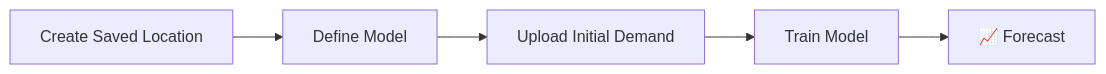
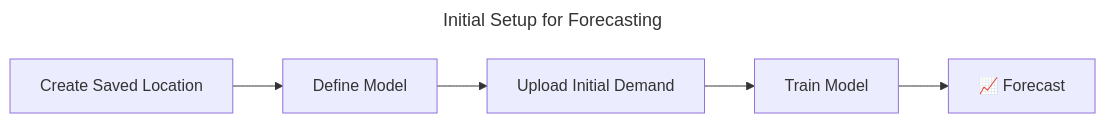
The first of 2 diagrams in docs/getting-started/guides/forecasts-api-guides/getting-started-with-forecasts-api.md (predicthq/gitbook-tech-docs), drawn with Mermaid before and after one commit. The commit also changed other lines of this file and 5 other files, not shown here.

````diff
--- a/docs/getting-started/guides/forecasts-api-guides/getting-started-with-forecasts-api.md
+++ b/docs/getting-started/guides/forecasts-api-guides/getting-started-with-forecasts-api.md
@@ -19,7 +23,10 @@
 ```mermaid
+---
+title: Initial Setup for Forecasting
+---
 flowchart LR
     A[Create Saved Location] --> B[Define Model]
     B --> C[Upload Initial Demand]
     C --> D[Train Model]
     D --> E[📈 Forecast]
 ```
````
